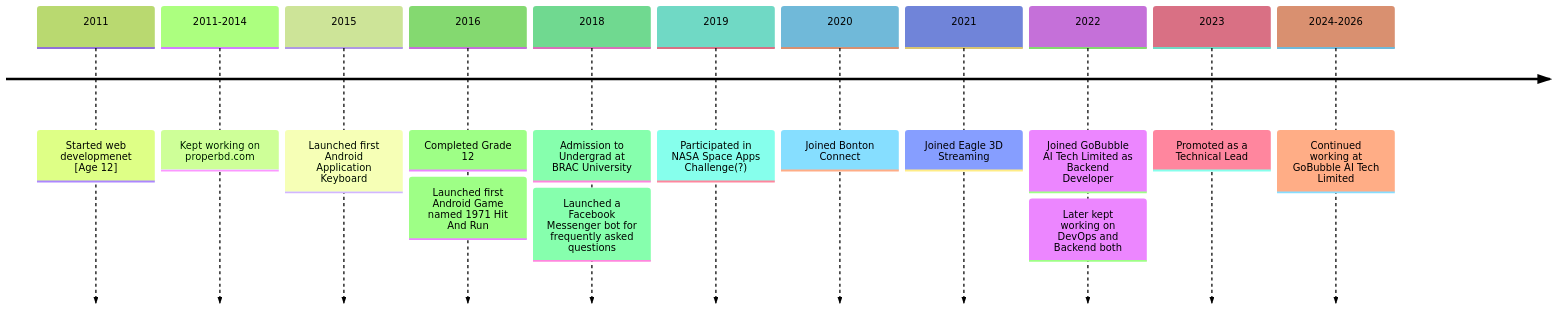
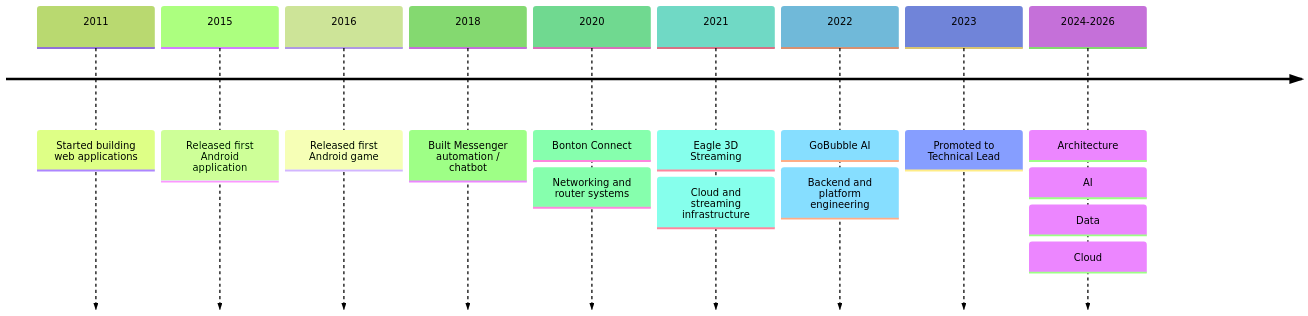
One commit to robinmollah/robinmollah changed the diagram in README.md. Above: the diagram before and after it, drawn with Mermaid. The commit also changed other lines of this file, not shown here.

````diff
--- a/README.md
+++ b/README.md
@@ -39,15 +94,13 @@
 ```mermaid
 %%{init: {'theme':'forest'}}%%
 timeline
-  2011: Started web developmenet [Age 12]
-  2011-2014: Kept working on properbd.com
-  2015: Launched first Android Application Keyboard
-  2016: Completed Grade 12 : Launched first Android Game named 1971 Hit And Run
-  2018: Admission to Undergrad at BRAC University : Launched a Facebook Messenger bot for frequently asked questions
-  2019: Participated in NASA Space Apps Challenge(?)
-  2020: Joined Bonton Connect
-  2021: Joined Eagle 3D Streaming
-  2022: Joined GoBubble AI Tech Limited as Backend Developer : Later kept working on DevOps and Backend both
-  2023: Promoted as a Technical Lead
-  2024-2026: Continued working at GoBubble AI Tech Limited
+    2011 : Started building web applications
+    2015 : Released first Android application
+    2016 : Released first Android game
+    2018 : Built Messenger automation / chatbot
+    2020 : Bonton Connect : Networking and router systems
+    2021 : Eagle 3D Streaming : Cloud and streaming infrastructure
+    2022 : GoBubble AI : Backend and platform engineering
+    2023 : Promoted to Technical Lead
+    2024-2026 : Architecture : AI : Data : Cloud
 ```
````
